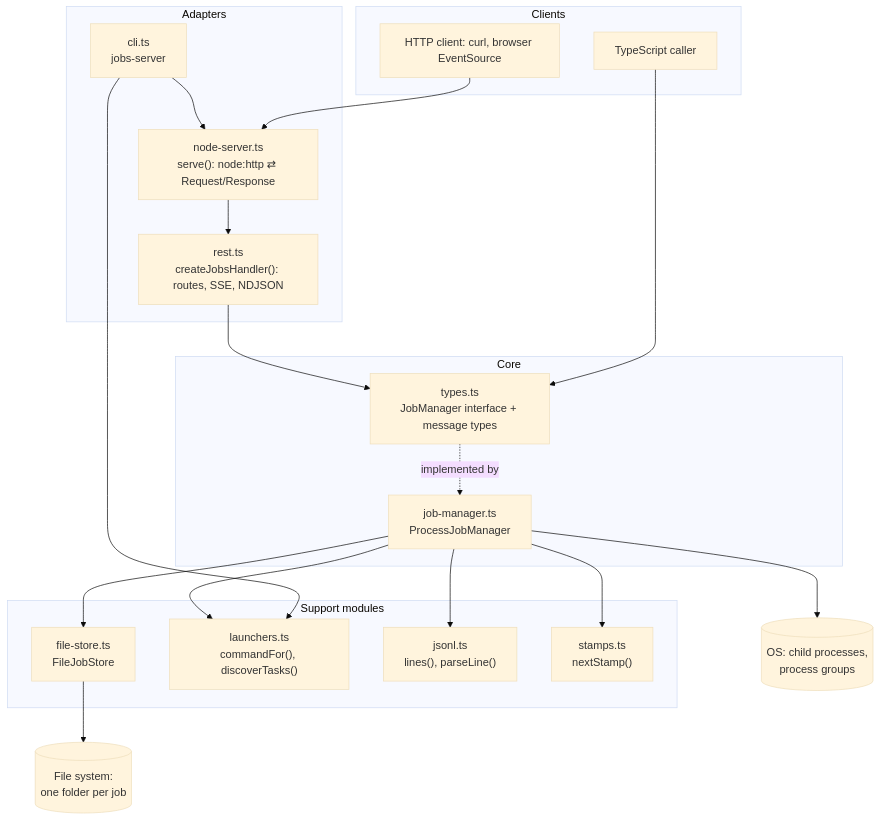
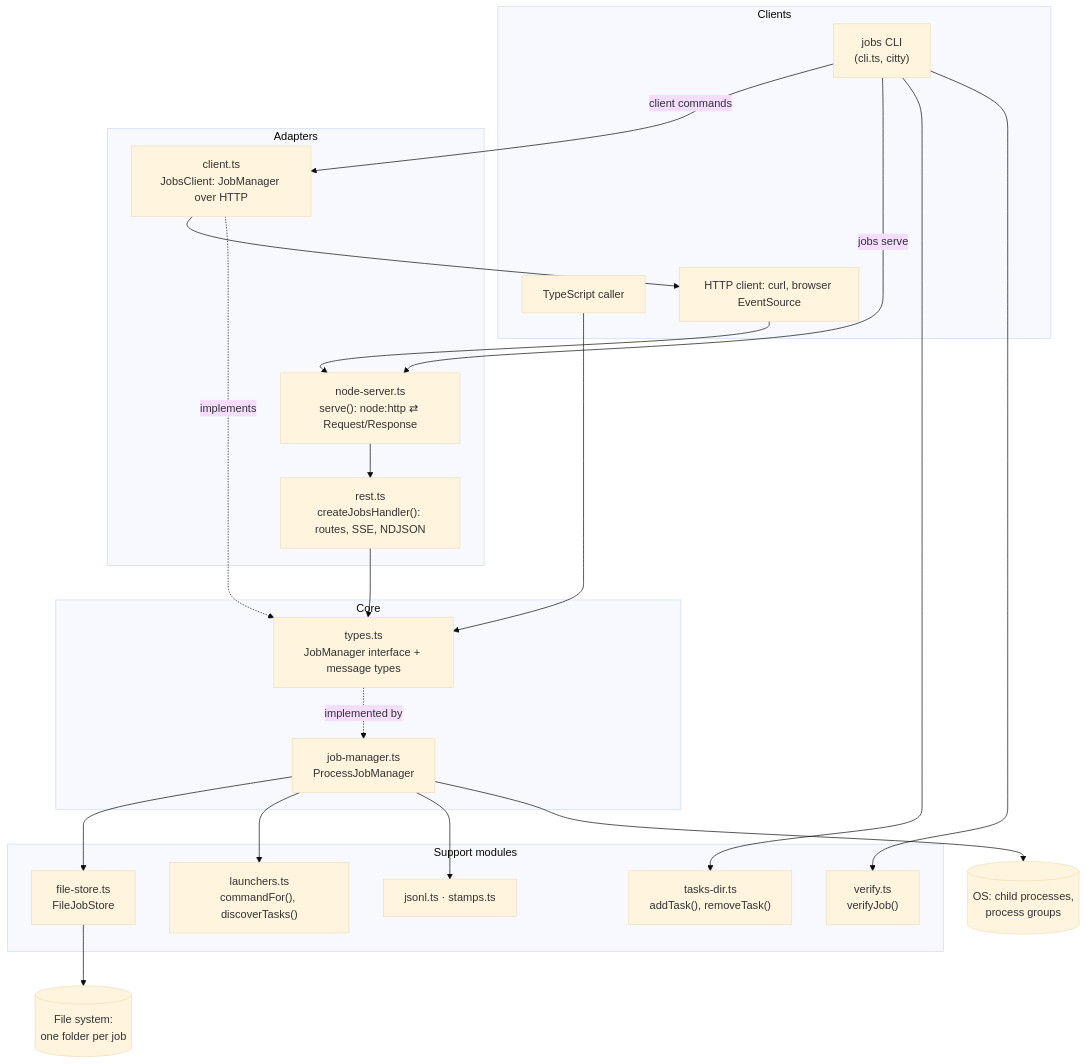
Before and after one commit to statewalker/statewalker-sandbox: the first of 4 diagrams in apps/jobs-manager/docs/architecture.md, drawn with Mermaid (base theme). The commit also changed other lines of this file and 11 other files, not shown here.

First line of the commit message:
jobs-manager: tsdown (rolldown) build, Vitest global build, Turbo pipeline; fix root turbo.json

````diff
--- a/apps/jobs-manager/docs/architecture.md
+++ b/apps/jobs-manager/docs/architecture.md
@@ -8,35 +8,39 @@
 ```mermaid
 flowchart TB
   subgraph clients[Clients]
     ts[TypeScript caller]
+    jobs["jobs CLI<br/>(cli.ts, citty)"]
     http[HTTP client: curl, browser EventSource]
   end
   subgraph adapters[Adapters]
-    cli["cli.ts<br/>jobs-server"]
+    client["client.ts<br/>JobsClient: JobManager over HTTP"]
     node["node-server.ts<br/>serve(): node:http ⇄ Request/Response"]
     rest["rest.ts<br/>createJobsHandler(): routes, SSE, NDJSON"]
   end
   subgraph core[Core]
     api["types.ts<br/>JobManager interface + message types"]
     pjm["job-manager.ts<br/>ProcessJobManager"]
   end
   subgraph support[Support modules]
     store["file-store.ts<br/>FileJobStore"]
     launch["launchers.ts<br/>commandFor(), discoverTasks()"]
-    jsonl["jsonl.ts<br/>lines(), parseLine()"]
-    stamps["stamps.ts<br/>nextStamp()"]
+    tdir["tasks-dir.ts<br/>addTask(), removeTask()"]
+    verify["verify.ts<br/>verifyJob()"]
+    jsonl["jsonl.ts · stamps.ts"]
   end
   os[(OS: child processes,<br/>process groups)]
   fs[(File system:<br/>one folder per job)]
 
   ts --> api
+  jobs -- "client commands" --> client --> http
+  jobs -- "jobs serve" --> node
+  jobs --> tdir
+  jobs --> verify
   http --> node --> rest --> api
-  cli --> node
-  cli --> launch
+  client -. implements .-> api
   api -. implemented by .-> pjm
   pjm --> store --> fs
   pjm --> launch
   pjm --> jsonl
-  pjm --> stamps
   pjm --> os
 ```
````
